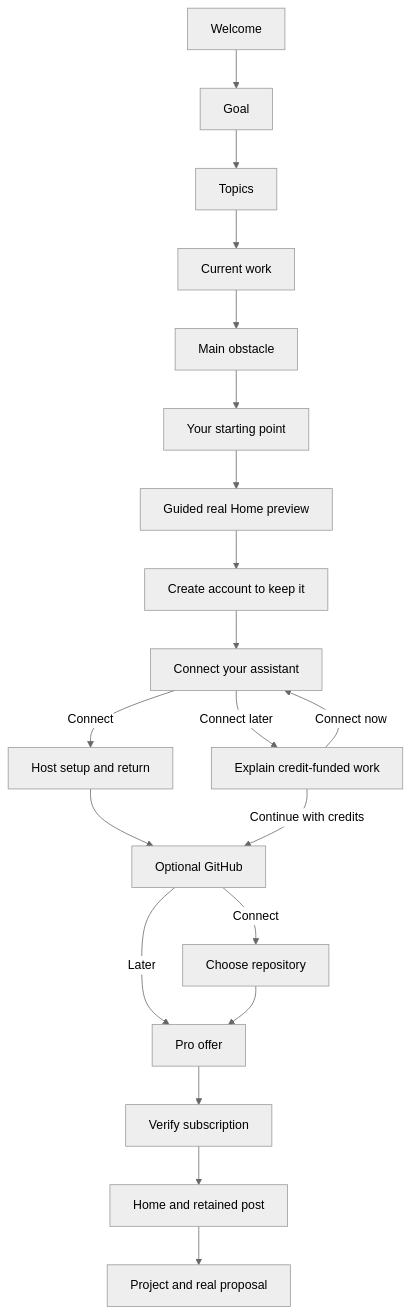
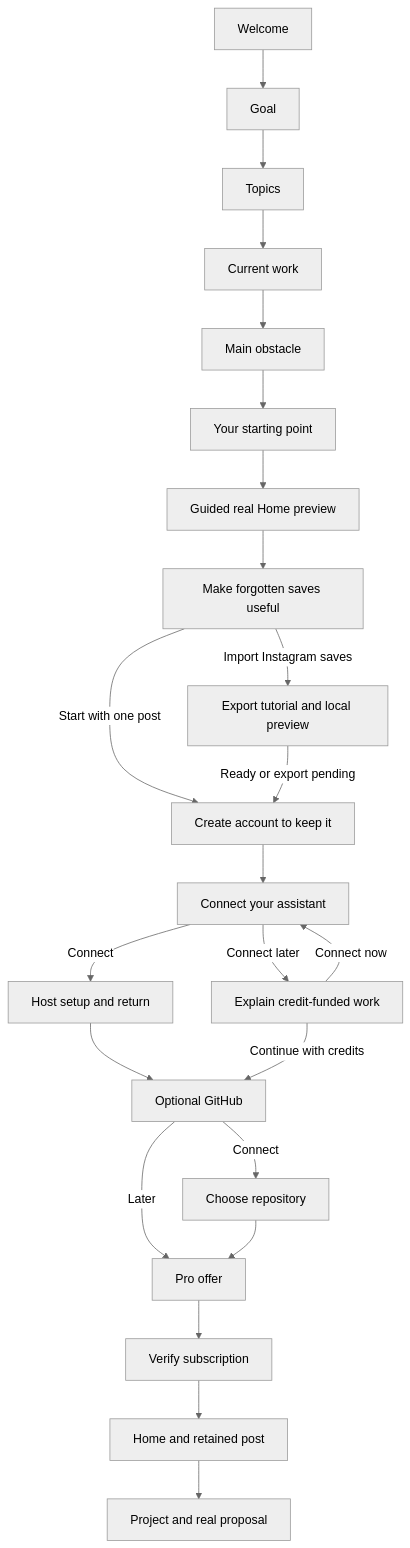
Before and after one commit to StefanDG1/vibescroll: the diagram in docs/design/ONBOARDING-V1-V2-REVIEW.md, drawn with Mermaid (neutral theme). The commit also changed other lines of this file and 7 other files, not shown here.

Commit message:
Frame onboarding around forgotten saves before Instagram import

````diff
--- a/docs/design/ONBOARDING-V1-V2-REVIEW.md
+++ b/docs/design/ONBOARDING-V1-V2-REVIEW.md
@@ -49,22 +49,25 @@
 ```mermaid
 flowchart TD
     A[Welcome] --> B[Goal]
     B --> C[Topics]
     C --> D[Current work]
     D --> E[Main obstacle]
     E --> F[Your starting point]
     F --> G[Guided real Home preview]
-    G --> H[Create account to keep it]
+    G --> R[Make forgotten saves useful]
+    R -->|Import Instagram saves| S[Export tutorial and local preview]
+    R -->|Start with one post| H[Create account to keep it]
+    S -->|Ready or export pending| H
     H --> I[Connect your assistant]
     I -->|Connect| J[Host setup and return]
     J --> K[Optional GitHub]
     I -->|Connect later| L[Explain credit-funded work]
     L -->|Continue with credits| K
     L -->|Connect now| I
     K -->|Connect| M[Choose repository]
     K -->|Later| N[Pro offer]
     M --> N
     N --> O[Verify subscription]
     O --> P[Home and retained post]
     P --> Q[Project and real proposal]
 ```
````
